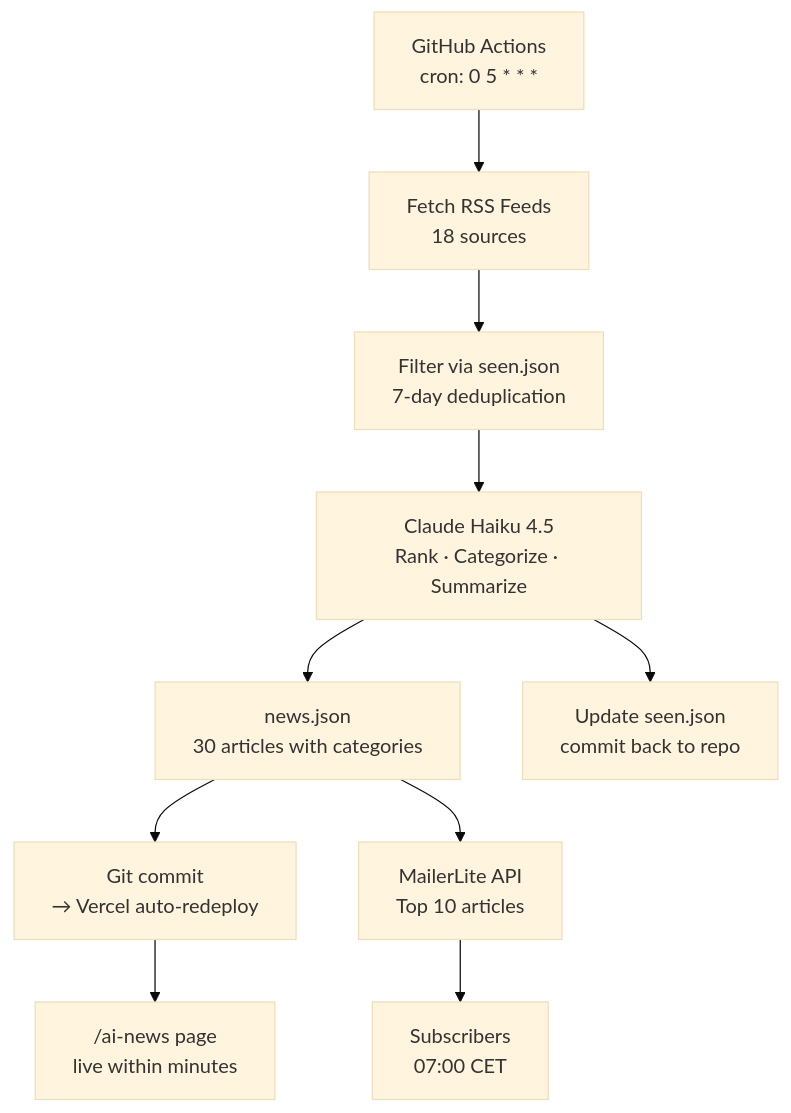
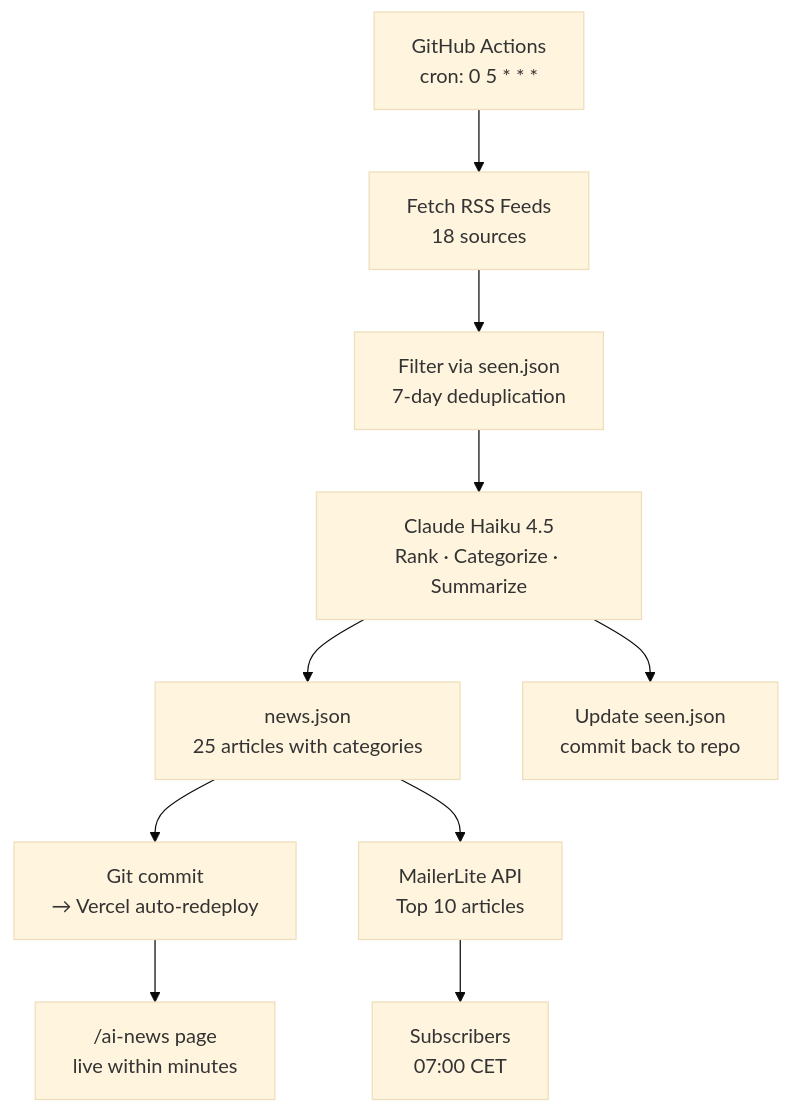
Before and after one commit to Marco-Lundh/marcolundh: the second of 3 diagrams in README.md, drawn with Mermaid (base theme). The commit also changed other lines of this file, not shown here.

Commit message:
docs: update article count from 30 to 25 in README diagrams

````diff
--- a/README.md
+++ b/README.md
@@ -51,12 +51,12 @@
 ```mermaid
 flowchart TD
     A["GitHub Actions\ncron: 0 5 * * *"] --> B["Fetch RSS Feeds\n18 sources"]
     B --> C["Filter via seen.json\n7-day deduplication"]
     C --> D["Claude Haiku 4.5\nRank · Categorize · Summarize"]
-    D --> E["news.json\n30 articles with categories"]
+    D --> E["news.json\n25 articles with categories"]
     D --> F["Update seen.json\ncommit back to repo"]
     E --> G["Git commit\n→ Vercel auto-redeploy"]
     E --> H["MailerLite API\nTop 10 articles"]
     G --> I["/ai-news page\nlive within minutes"]
     H --> J["Subscribers\n07:00 CET"]
 ```
````
